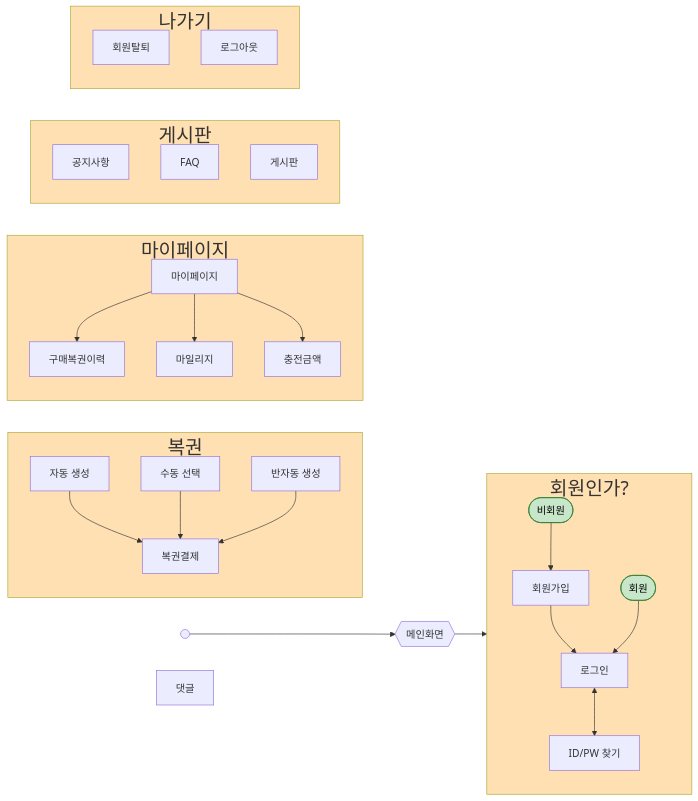
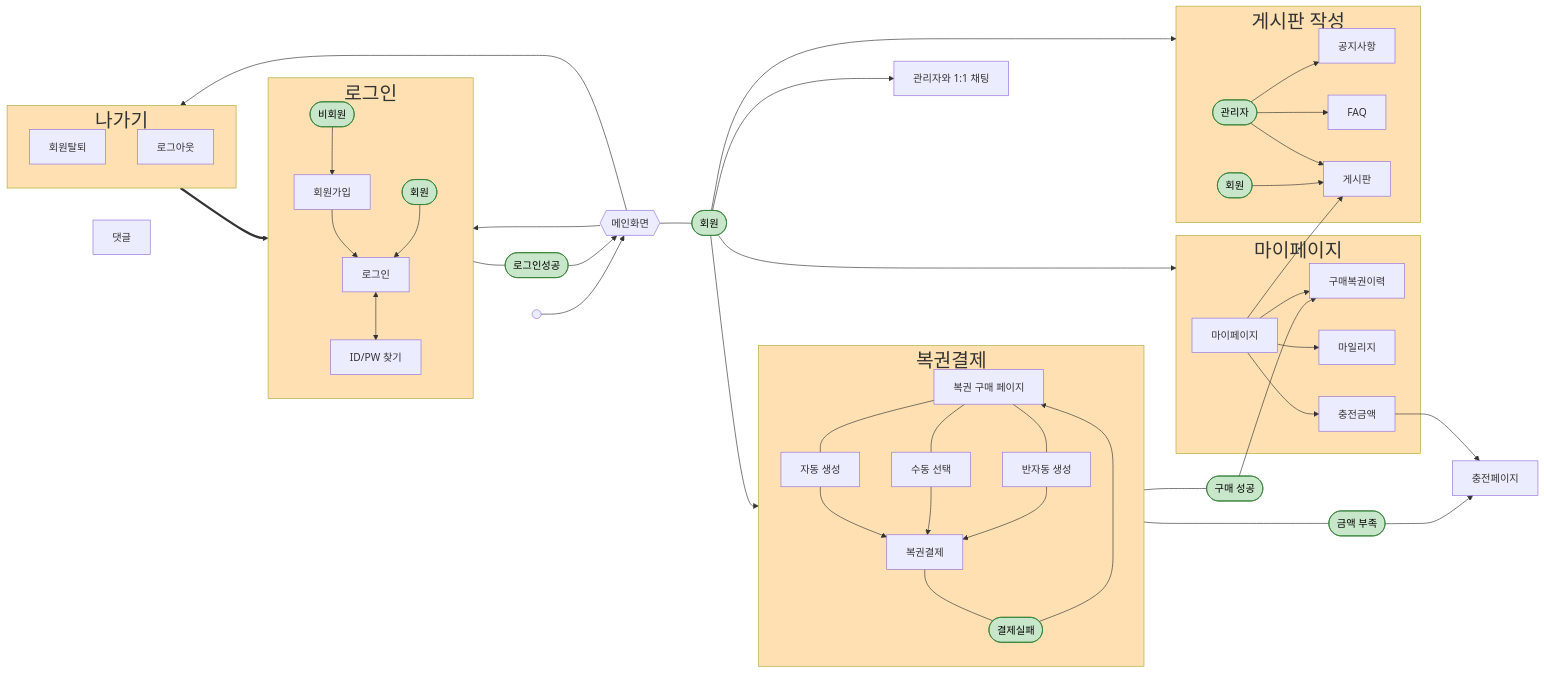
One commit to EndDefault/gitbook changed the first of 3 diagrams in _pages/project.md. Above: the diagram before and after it, drawn with Mermaid.

Commit message:
update mermaid main

````diff
--- a/_pages/project.md
+++ b/_pages/project.md
@@ -13,56 +13,80 @@
 ```mermaid
 flowchart LR
- subgraph 로그인["회원인가?"]
+ subgraph 로그인["로그인"]
         Login["로그인"]
         non(["비회원"])
         Find["ID/PW 찾기"]
         Mem["회원가입"]
         y_mem(["회원"])
         non --> Mem --> Login
         y_mem --> Login
         Login <--> Find
   end
- subgraph 복권["복권"]
+
+
+ subgraph 복권["복권결제"]
+        lotto-page["복권 구매 페이지"]
         Pay["복권결제"]
         Auto["자동 생성"]
         Passive["수동 선택"]
         Semi-auto["반자동 생성"]
-        Auto & Passive & Semi-auto --> Pay
+        Pay --- pay-fail(["결제실패"]) -->
+        lotto-page --- Auto & Passive & Semi-auto --> Pay
   end
+pay-success(["구매 성공"])
+복권 --- no-money(["금액 부족"]) --> charging
+
+복권 --- pay-success --> MP_1
+
+
  subgraph 마이페이지["마이페이지"]
         MP["마이페이지"]
         MP_1["구매복권이력"]
         MP_2["마일리지"]
-        MP_3["충전금액"]
+        MP_3["충전금액"]    
         MP --> MP_1 & MP_2 & MP_3
   end
- subgraph 게시판["게시판"]
+MP_3 --> charging
+
+ subgraph 게시판["게시판 작성"]
         Notice["공지사항"]
         FAQ["FAQ"]
-        Bord["게시판"]
+        Board["게시판"]
+        mem(["회원"])
+        admin(["관리자"])
+      mem --> Board
+      admin --> Notice & FAQ & Board
   end
+  
  subgraph 나가기["나가기"]
         P["회원탈퇴"]
         Q["로그아웃"]
   end
     
-    Z --> Main["메인화면"]
-    Main --> 로그인
+    Z --> Main["메인화면"] --> 로그인
+    로그인 --- text(["로그인성공"]) --> Main
 
+    Main --> 나가기 ==> 로그인
+
+    Main --- text1(["회원"])
+    text1 --> 게시판 & 복권 & 마이페이지 & chating["관리자와 1:1 채팅"]
+    MP --> Board
+            
 
     Comment["댓글"]
+    charging["충전페이지"]
 
     Z@{ shape: sm-circ}
     Main@{ shape: hex}
  
 
     style Z stroke-width:4px,stroke-dasharray: 0,color:#000000,fill:#FFF9C4
 
     %% 스타일 정의(한 번만)
     classDef check fill:#C8E6C9,stroke:#2E7D32,stroke-width:1px,color:#000;
     classDef col fill:#FFE0B2,font-size:30px;
 
     %% 여러 노드에 한 번에 적용
-    class text,text_1,y_mem,non check;
+    class no-money,mem,admin,pay-fail,pay-success,text,text1,text_1,y_mem,non check;
     class 로그인,복권,마이페이지,나가기,게시판 col;
 ```
````
